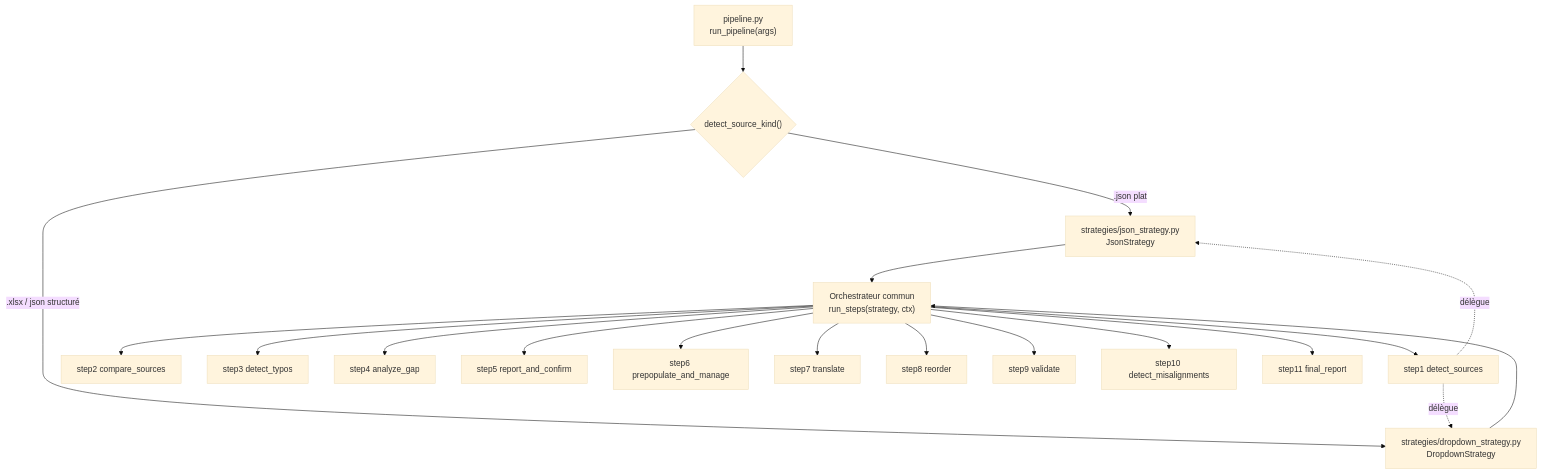
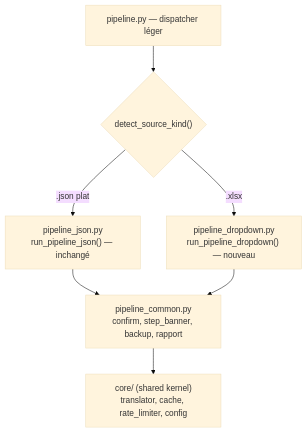
One commit to mickeymick25/Translator changed the diagram in doc/2026_07_09_Pipeline_Dropdown_Integration_Etude.md. Above: the diagram before and after it, drawn with Mermaid (base theme). The commit also changed other lines of this file, not shown here.

First line of the commit message:
docs: étude dropdown — décisions tranchées (DDD 2 pipelines, cache col B, options retraduction)

````diff
--- a/doc/2026_07_09_Pipeline_Dropdown_Integration_Etude.md
+++ b/doc/2026_07_09_Pipeline_Dropdown_Integration_Etude.md
@@ -271,21 +274,9 @@
 ```mermaid
 flowchart TD
-    A["pipeline.py<br/>run_pipeline(args)"] --> B{"detect_source_kind()"}
-    B -->|".json plat"| J["strategies/json_strategy.py<br/>JsonStrategy"]
-    B -->|".xlsx / json structuré"| D["strategies/dropdown_strategy.py<br/>DropdownStrategy"]
-    J --> O["Orchestrateur commun<br/>run_steps(strategy, ctx)"]
-    D --> O
-    O --> S1["step1 detect_sources"]
-    O --> S2["step2 compare_sources"]
-    O --> S3["step3 detect_typos"]
-    O --> S4["step4 analyze_gap"]
-    O --> S5["step5 report_and_confirm"]
-    O --> S6["step6 prepopulate_and_manage"]
-    O --> S7["step7 translate"]
-    O --> S8["step8 reorder"]
-    O --> S9["step9 validate"]
-    O --> S10["step10 detect_misalignments"]
-    O --> S11["step11 final_report"]
-    S1 -.délègue.-> J
-    S1 -.délègue.-> D
+    A["pipeline.py — dispatcher léger"] --> B{"detect_source_kind()"}
+    B -->|".json plat"| J["pipeline_json.py<br/>run_pipeline_json() — inchangé"]
+    B -->|".xlsx"| D["pipeline_dropdown.py<br/>run_pipeline_dropdown() — nouveau"]
+    J --> C["pipeline_common.py<br/>confirm, step_banner, backup, rapport"]
+    D --> C
+    C --> K["core/ (shared kernel)<br/>translator, cache, rate_limiter, config"]
 ```
````
